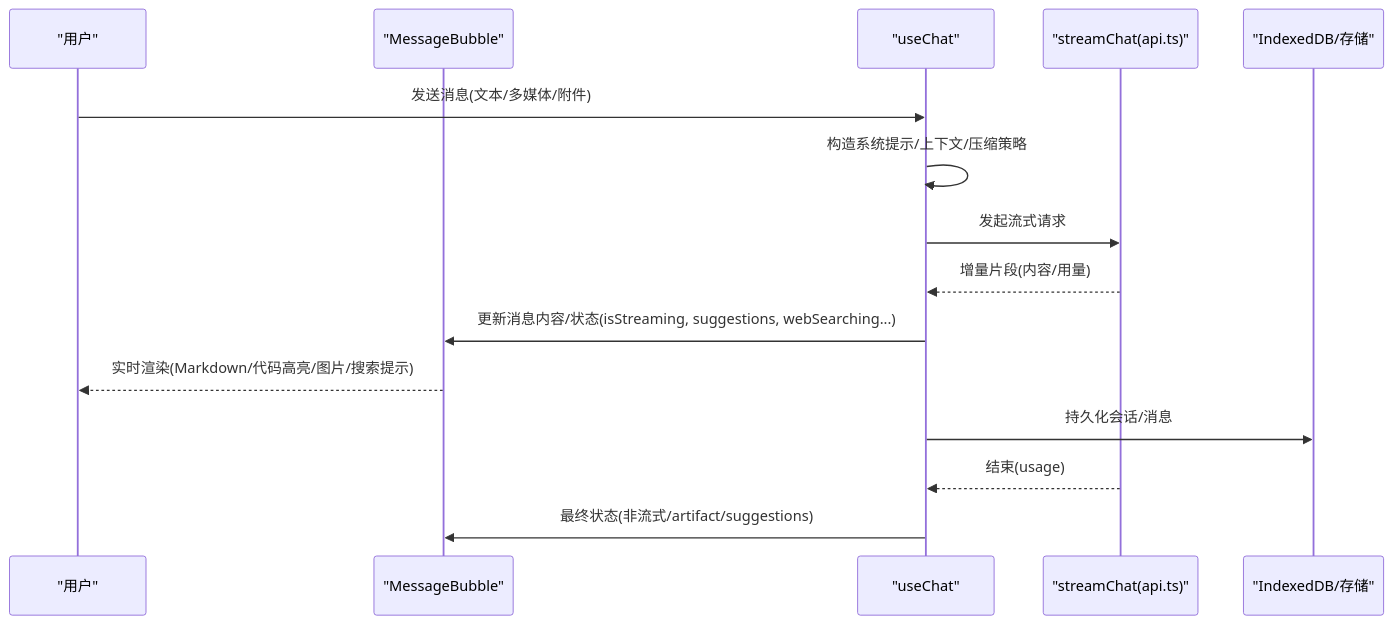
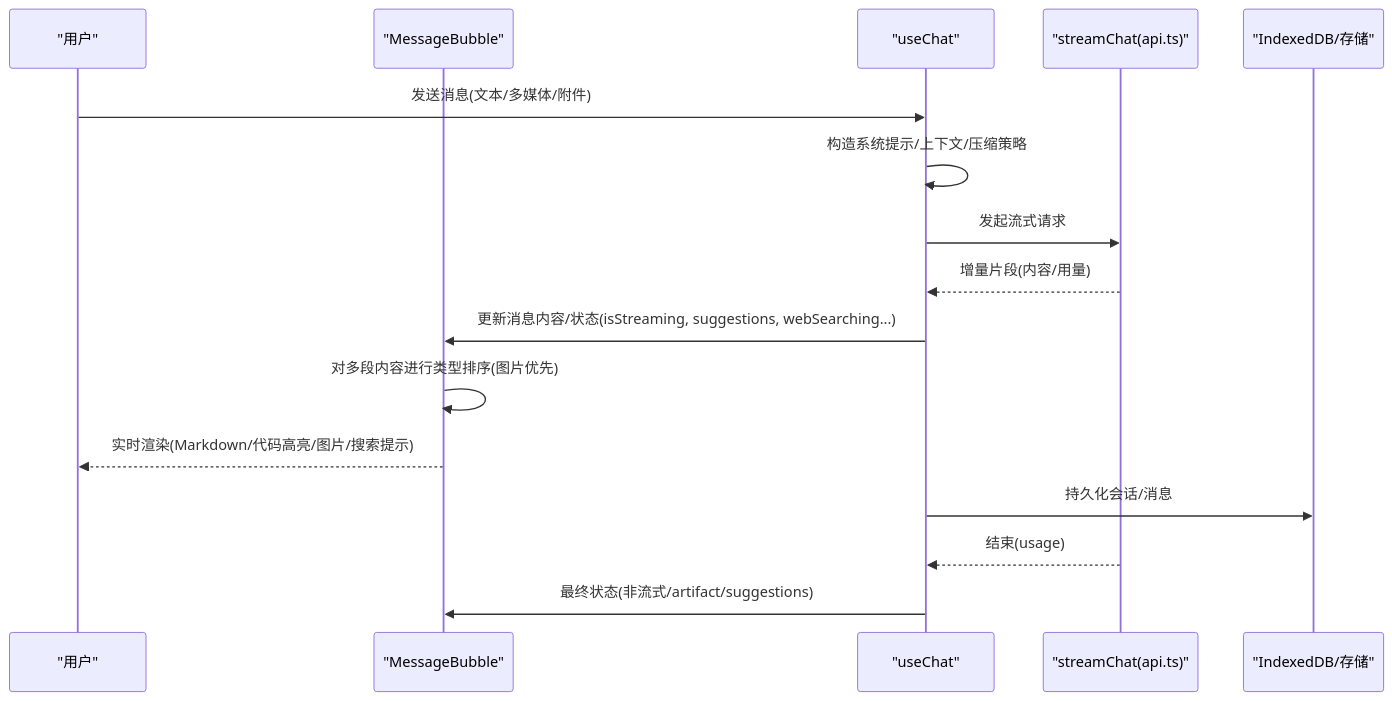
The second of 5 diagrams in .qoder/repowiki/zh/content/聊天模块/消息气泡组件.md (billye220670/AIShop), drawn with Mermaid before and after one commit. The commit also changed other lines of this file and 149 other files, not shown here.

````diff
--- a/.qoder/repowiki/zh/content/聊天模块/消息气泡组件.md
+++ b/.qoder/repowiki/zh/content/聊天模块/消息气泡组件.md
@@ -82,17 +100,18 @@
 ```mermaid
 sequenceDiagram
 participant U as "用户"
 participant MB as "MessageBubble"
 participant UC as "useChat"
 participant API as "streamChat(api.ts)"
 participant DB as "IndexedDB/存储"
 U->>UC : 发送消息(文本/多媒体/附件)
 UC->>UC : 构造系统提示/上下文/压缩策略
 UC->>API : 发起流式请求
 API-->>UC : 增量片段(内容/用量)
 UC->>MB : 更新消息内容/状态(isStreaming, suggestions, webSearching...)
+MB->>MB : 对多段内容进行类型排序(图片优先)
 MB-->>U : 实时渲染(Markdown/代码高亮/图片/搜索提示)
 UC->>DB : 持久化会话/消息
 API-->>UC : 结束(usage)
 UC->>MB : 最终状态(非流式/artifact/suggestions)
 ```
````
